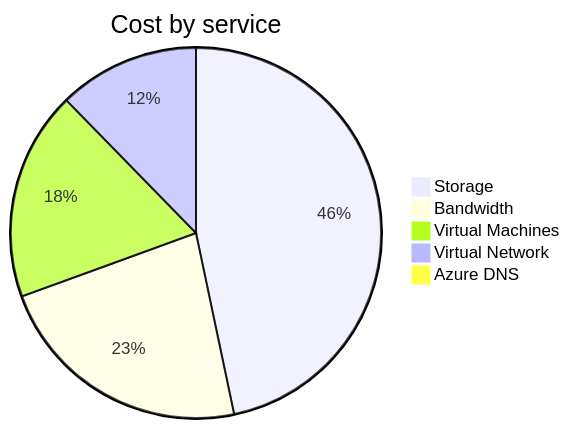
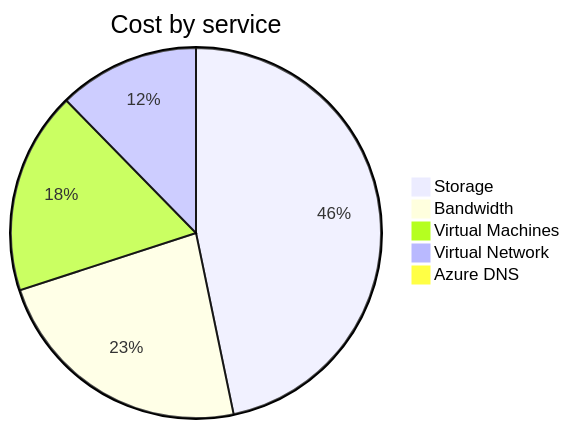
One commit to jpfulton/azure-personal-reports changed the second of 4 diagrams in cost-reports/personal-network/README.md. Above: the diagram before and after it, drawn with Mermaid. The commit also changed other lines of this file and 8 other files, not shown here.

````diff
--- a/cost-reports/personal-network/README.md
+++ b/cost-reports/personal-network/README.md
@@ -95,9 +95,9 @@
 ```mermaid
 pie
    title Cost by service
-   "Storage" : 18.17
-   "Bandwidth" : 8.85
-   "Virtual Machines" : 7.10
-   "Virtual Network" : 4.79
-   "Azure DNS" : 0.32
+   "Storage" : 19.07
+   "Bandwidth" : 9.49
+   "Virtual Machines" : 7.21
+   "Virtual Network" : 5.03
+   "Azure DNS" : 0.34
 ```
````
